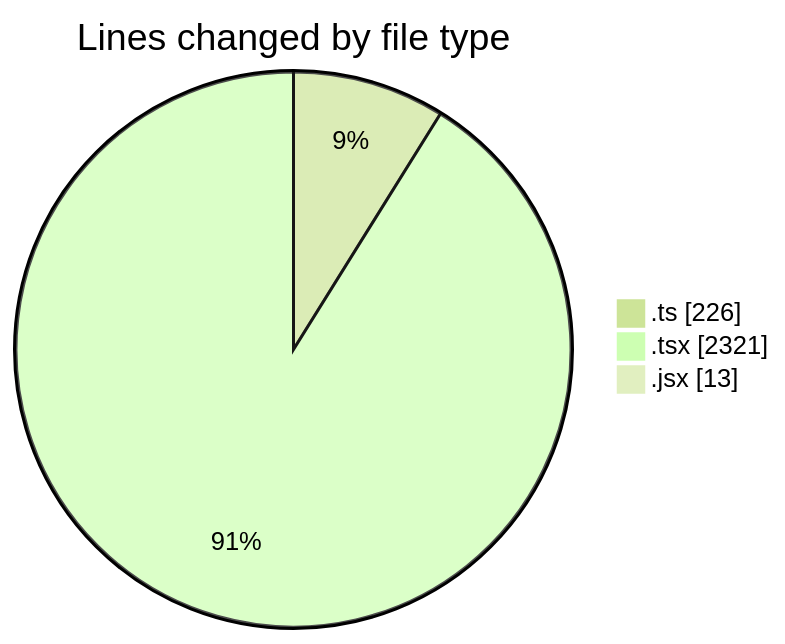
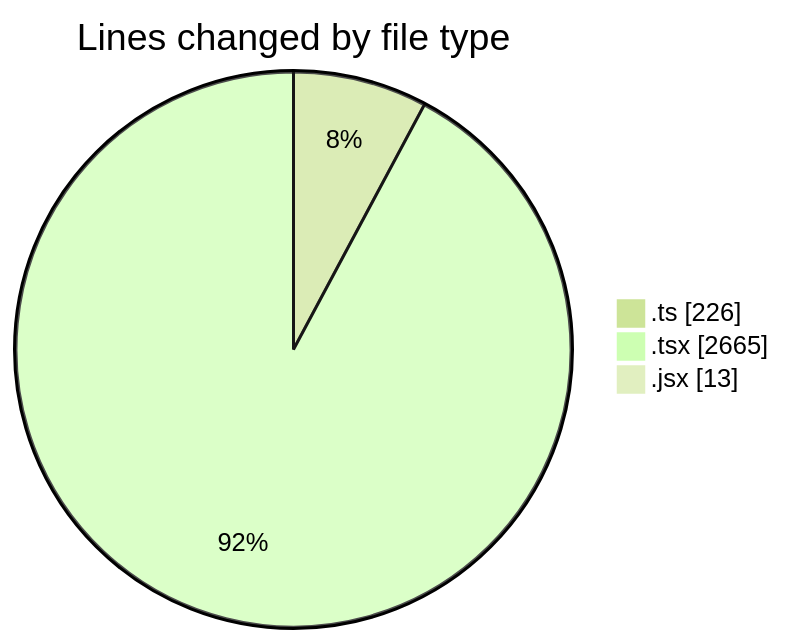
One commit to momahboobian/code-tracking changed the first of 2 diagrams in 2025-12-02/cda/README.md. Above: the diagram before and after it, drawn with Mermaid (forest theme). The commit also changed other lines of this file and 1 other file, not shown here.

````diff
--- a/2025-12-02/cda/README.md
+++ b/2025-12-02/cda/README.md
@@ -28,7 +29,7 @@
 ```mermaid
 pie showData
 title Lines changed by file type
 ".ts" : 226
-".tsx" : 2321
+".tsx" : 2665
 ".jsx" : 13
 ```
````
